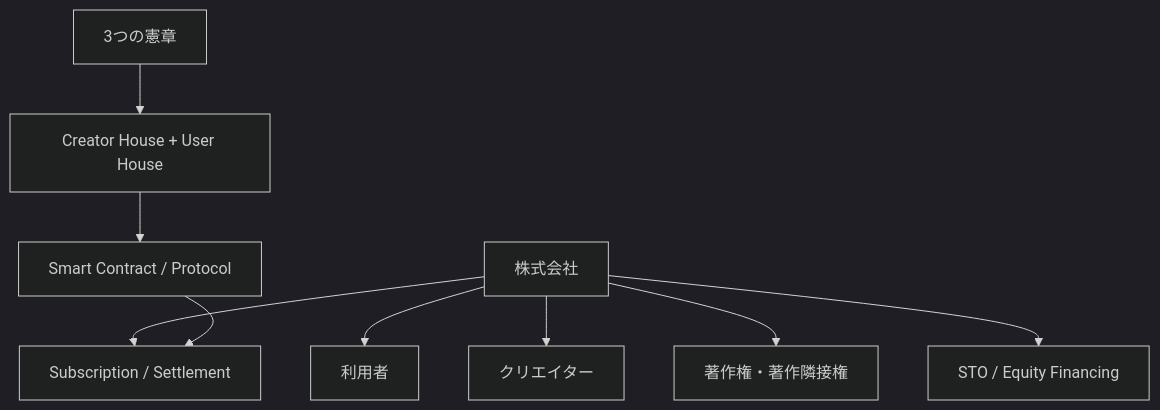
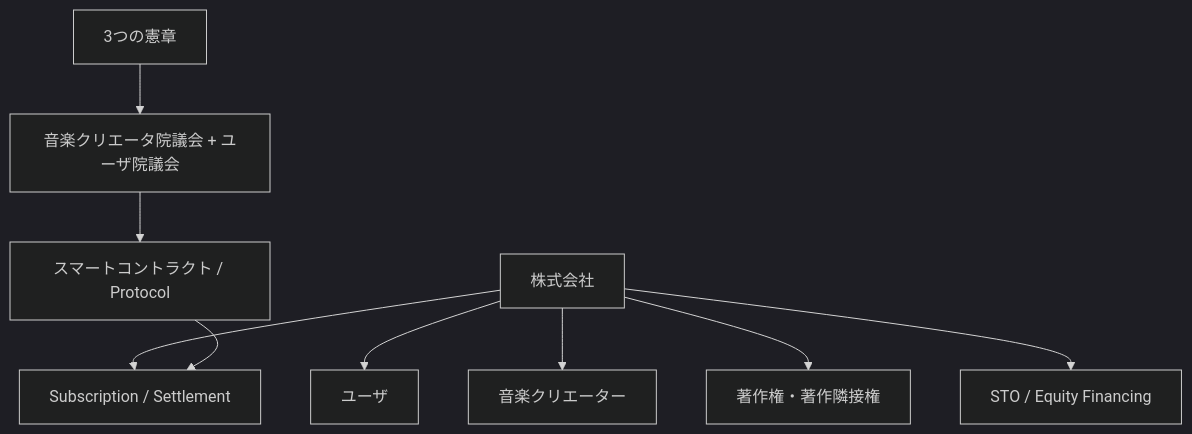
The first of 45 diagrams in docs/whitepaper/11-legal-sto-tax.md (ShigeichiroYamasaki/creator-first-platform), drawn with Mermaid (dark theme) before and after one commit. The commit also changed other lines of this file and 67 other files, not shown here.

````diff
--- a/docs/whitepaper/11-legal-sto-tax.md
+++ b/docs/whitepaper/11-legal-sto-tax.md
@@ -20,23 +20,23 @@
 ```mermaid
 flowchart TD
     CONST[3つの憲章]
-    PARL[Creator House + User House]
-    CODE[Smart Contract / Protocol]
+    PARL[音楽クリエータ院議会 + ユーザ院議会]
+    CODE[スマートコントラクト / Protocol]
     CORP[株式会社]
-    USERS[利用者]
-    CREATORS[クリエイター]
+    USERS[ユーザ]
+    CREATORS[音楽クリエーター]
     RIGHTS[著作権・著作隣接権]
     MONEY[Subscription / Settlement]
     STO[STO / Equity Financing]
 
     CONST --> PARL
     PARL --> CODE
 
     CORP --> USERS
     CORP --> CREATORS
     CORP --> RIGHTS
     CORP --> MONEY
     CORP --> STO
 
     CODE --> MONEY
 ```
````
